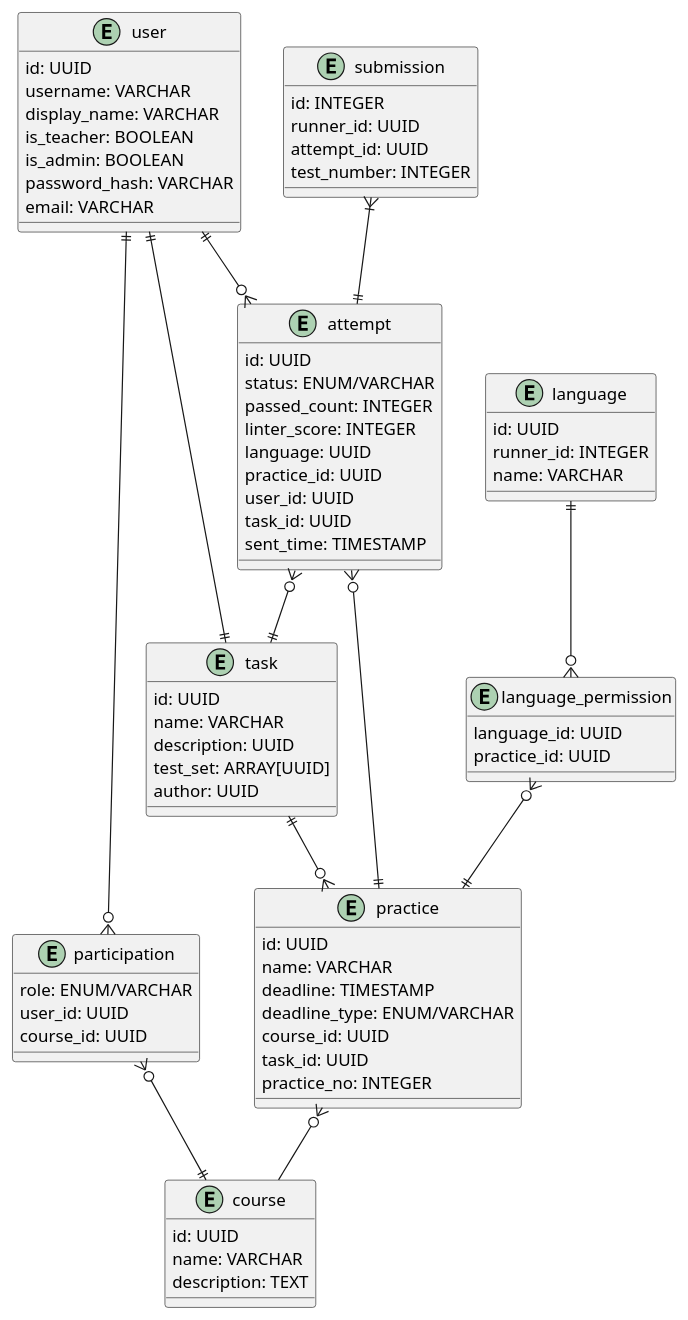
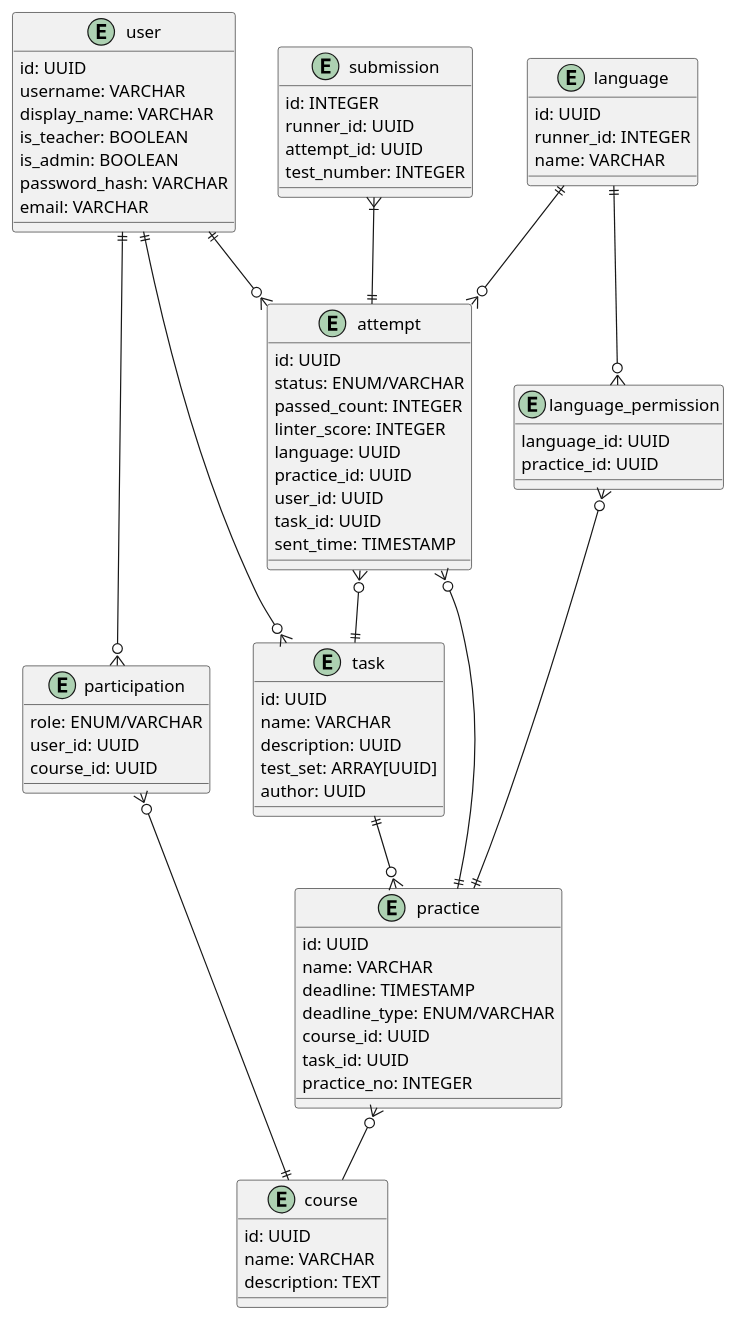
The diagram in doc/entity-relationship.puml (AKovalyuk/automated-lab-testing-sibfu-backend), drawn with PlantUML before and after one commit. The commit also changed 13 other files, not shown here.

```diff
--- a/doc/entity-relationship.puml
+++ b/doc/entity-relationship.puml
@@ -1,85 +1,86 @@
 @startuml
 
 entity user {
     id: UUID
     username: VARCHAR
     display_name: VARCHAR
     is_teacher: BOOLEAN
     is_admin: BOOLEAN
     password_hash: VARCHAR
     email: VARCHAR
 }
 
 entity participation {
     role: ENUM/VARCHAR
     user_id: UUID
     course_id: UUID
 }
 
 entity course {
     id: UUID
     name: VARCHAR
     description: TEXT
 }
 
 entity task {
     id: UUID
     name: VARCHAR
     description: UUID
     test_set: ARRAY[UUID]
     author: UUID
 }
 
 entity practice {
     id: UUID
     name: VARCHAR
     deadline: TIMESTAMP
     deadline_type: ENUM/VARCHAR
     course_id: UUID
     task_id: UUID
     practice_no: INTEGER
 }
 
 entity attempt {
     id: UUID
     status: ENUM/VARCHAR
     passed_count: INTEGER
     linter_score: INTEGER
     language: UUID
     practice_id: UUID
     user_id: UUID
     task_id: UUID
     sent_time: TIMESTAMP
 }
 
 entity submission {
     id: INTEGER
     runner_id: UUID
     attempt_id: UUID
     test_number: INTEGER
 }
 
 entity language {
     id: UUID
     runner_id: INTEGER
     name: VARCHAR
 }
 
 entity language_permission {
     language_id: UUID
     practice_id: UUID
 }
 
 user ||--o{ attempt
 attempt }o--|| task
 attempt }o--|| practice
 user ||--o{ participation
 participation }o--|| course
 practice }o-- course
-user ||--|| task
+user ||--o{ task
 language ||--o{ language_permission
+language ||--o{ attempt
 language_permission }o--|| practice
 task ||--o{ practice
 submission }|--|| attempt
 
 @enduml
```
